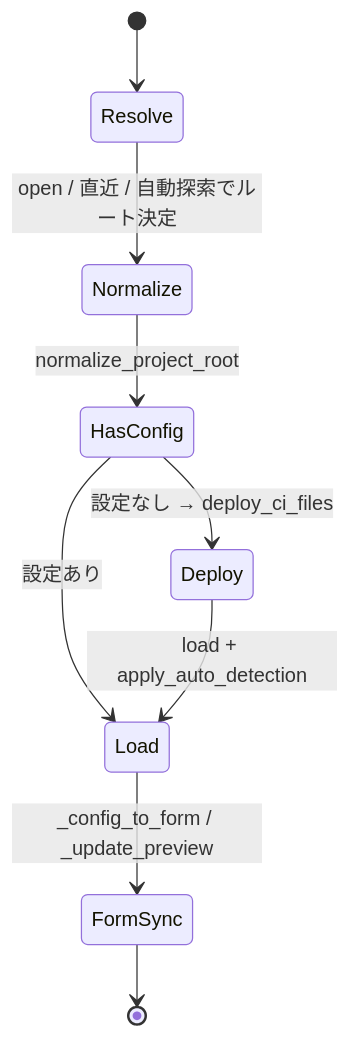
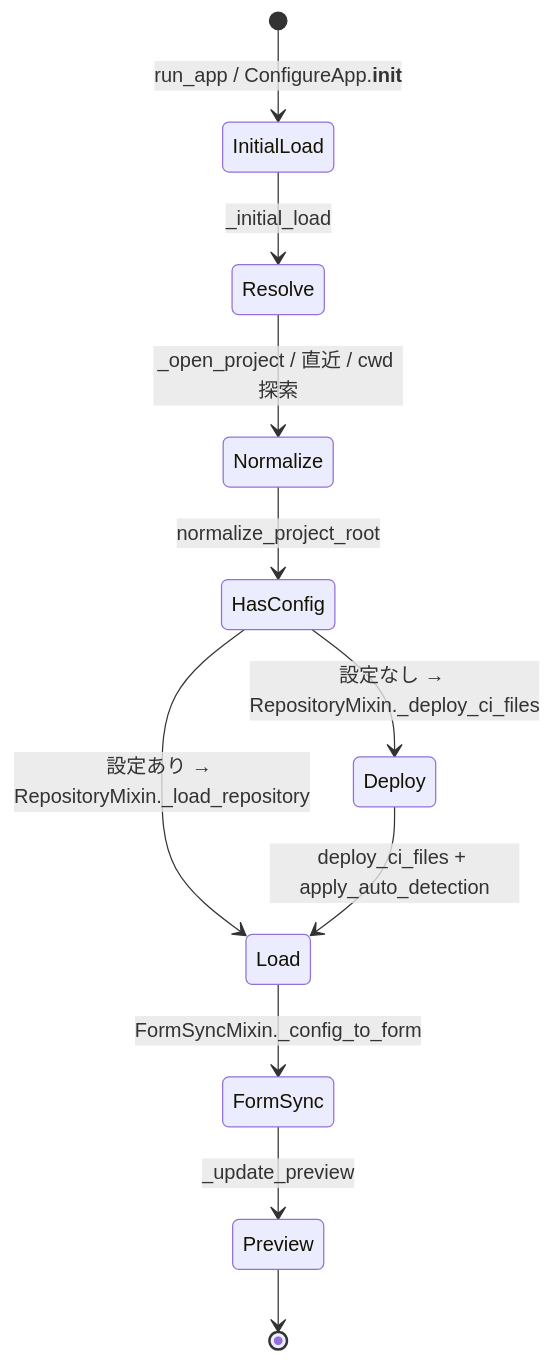
One commit to gt-ynakamatsu/ci-setup-tool changed the fifth of 13 diagrams in docs/DESIGN.md. Above: the diagram before and after it, drawn with Mermaid. The commit also changed other lines of this file and 3 other files, not shown here.

````diff
--- a/docs/DESIGN.md
+++ b/docs/DESIGN.md
@@ -574,11 +721,13 @@
 ```mermaid
 stateDiagram-v2
-    [*] --> Resolve
-    Resolve --> Normalize: open / 直近 / 自動探索でルート決定
+    [*] --> InitialLoad: run_app / ConfigureApp.__init__
+    InitialLoad --> Resolve: _initial_load
+    Resolve --> Normalize: _open_project / 直近 / cwd 探索
     Normalize --> HasConfig: normalize_project_root
-    HasConfig --> Deploy: 設定なし → deploy_ci_files
-    HasConfig --> Load: 設定あり
-    Deploy --> Load: load + apply_auto_detection
-    Load --> FormSync: _config_to_form / _update_preview
-    FormSync --> [*]
+    HasConfig --> Deploy: 設定なし → RepositoryMixin._deploy_ci_files
+    HasConfig --> Load: 設定あり → RepositoryMixin._load_repository
+    Deploy --> Load: deploy_ci_files + apply_auto_detection
+    Load --> FormSync: FormSyncMixin._config_to_form
+    FormSync --> Preview: _update_preview
+    Preview --> [*]
 ```
````
